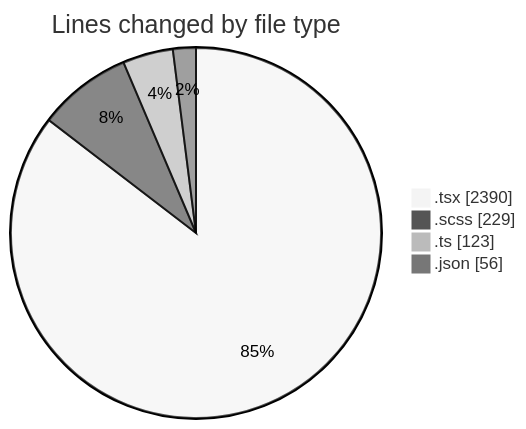
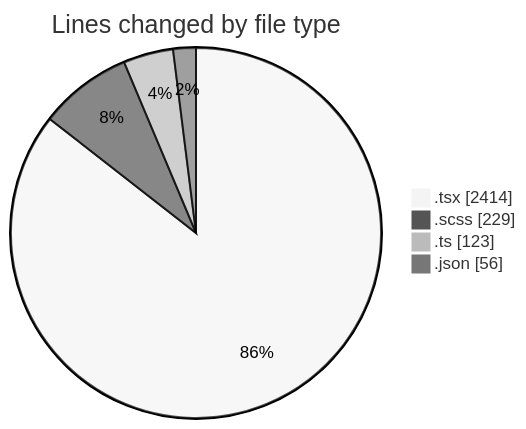
Before and after one commit to momahboobian/code-tracking: the first of 2 diagrams in 2026-10-30/cda/README.md, drawn with Mermaid (neutral theme). The commit also changed other lines of this file and 1 other file, not shown here.

````diff
--- a/2026-10-30/cda/README.md
+++ b/2026-10-30/cda/README.md
@@ -38,8 +38,8 @@
 ```mermaid
 pie showData
 title Lines changed by file type
-".tsx" : 2390
+".tsx" : 2414
 ".scss" : 229
 ".ts" : 123
 ".json" : 56
 ```
````
